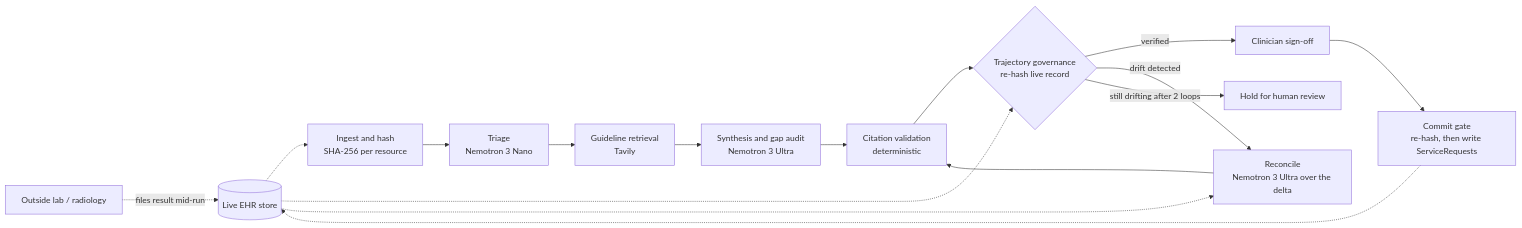
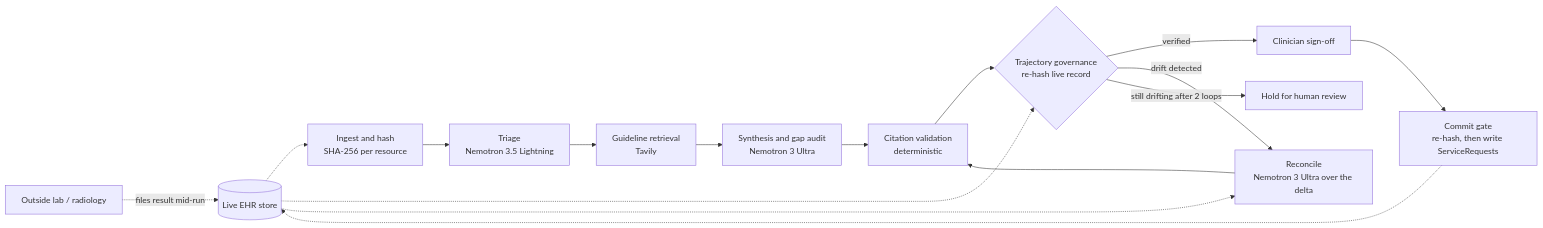
One commit to gowravmannem/synapsefhir changed the diagram in README.md. Above: the diagram before and after it, drawn with Mermaid. The commit also changed other lines of this file and 7 other files, not shown here.

First line of the commit message:
Switch triage to Nemotron 3.5 Lightning (Nano deprecated Nov 9)

````diff
--- a/README.md
+++ b/README.md
@@ -21,21 +23,21 @@
 ```mermaid
 flowchart LR
     EHR[("Live EHR store")]
     LAB["Outside lab / radiology"] -. "files result mid-run" .-> EHR
 
-    A["Ingest and hash<br/>SHA-256 per resource"] --> B["Triage<br/>Nemotron 3 Nano"]
+    A["Ingest and hash<br/>SHA-256 per resource"] --> B["Triage<br/>Nemotron 3.5 Lightning"]
     B --> C["Guideline retrieval<br/>Tavily"]
     C --> D["Synthesis and gap audit<br/>Nemotron 3 Ultra"]
     D --> E["Citation validation<br/>deterministic"]
     E --> F{"Trajectory governance<br/>re-hash live record"}
     F -- "verified" --> G["Clinician sign-off"]
     G --> H["Commit gate<br/>re-hash, then write ServiceRequests"]
     F -- "drift detected" --> R["Reconcile<br/>Nemotron 3 Ultra over the delta"]
     R --> E
     F -- "still drifting after 2 loops" --> X["Hold for human review"]
 
     EHR -.-> A
     EHR -.-> F
     EHR -.-> R
     H -.-> EHR
 ```
````
